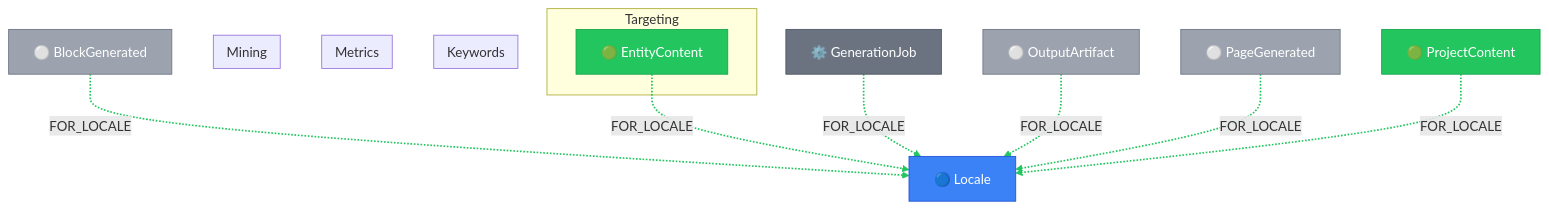
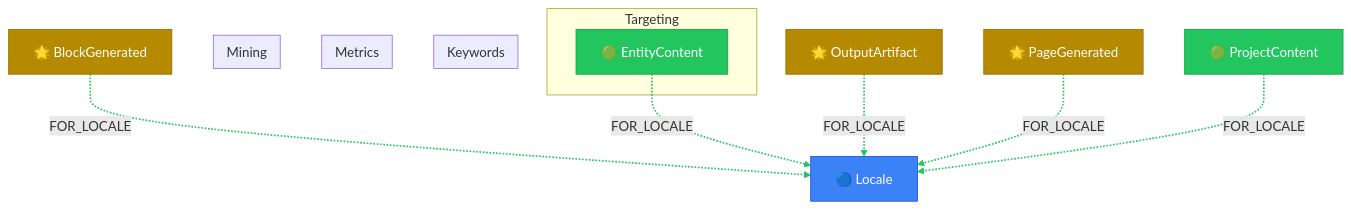
One commit to supernovae-st/novanet changed the diagram in packages/core/models/docs/seo-pipeline.md. Above: the diagram before and after it, drawn with Mermaid. The commit also changed other lines of this file and 17 other files, not shown here.

````diff
--- a/packages/core/models/docs/seo-pipeline.md
+++ b/packages/core/models/docs/seo-pipeline.md
@@ -31,53 +31,50 @@
 ```mermaid
 flowchart TB
   %% View: SEO Pipeline (seo-pipeline)
-  %% 7 nodes, 6 arcs
+  %% 6 nodes, 5 arcs
 
   %% Trait styling (node_trait)
-  classDef invariant fill:#3b82f6,stroke:#1d4ed8,color:#fff
-  classDef localized fill:#22c55e,stroke:#16a34a,color:#fff
-  classDef knowledge fill:#8b5cf6,stroke:#7c3aed,color:#fff
-  classDef derived fill:#9ca3af,stroke:#6b7280,color:#fff
-  classDef job fill:#6b7280,stroke:#4b5563,color:#fff
+  classDef defined fill:#3b82f6,stroke:#1d4ed8,color:#fff
+  classDef authored fill:#22c55e,stroke:#16a34a,color:#fff
+  classDef imported fill:#8b5cf6,stroke:#7c3aed,color:#fff
+  classDef generated fill:#b58900,stroke:#996f00,color:#fff
+  classDef retrieved fill:#6c71c4,stroke:#5761b3,color:#fff
 
   subgraph KEYWORDS["Keywords"]
   end
 
   subgraph METRICS["Metrics"]
   end
 
   subgraph MINING["Mining"]
   end
 
   subgraph TARGETING["Targeting"]
     EntityContent["🟢 EntityContent"]
   end
 
   %% Additional reachable nodes
-  BlockGenerated["⚪ BlockGenerated"]
-  GenerationJob["⚙️ GenerationJob"]
+  BlockGenerated["🌟 BlockGenerated"]
   Locale["🔵 Locale"]
-  OutputArtifact["⚪ OutputArtifact"]
-  PageGenerated["⚪ PageGenerated"]
+  OutputArtifact["🌟 OutputArtifact"]
+  PageGenerated["🌟 PageGenerated"]
   ProjectContent["🟢 ProjectContent"]
 
   %% Relationships (styled by arc family)
   BlockGenerated -.->|FOR_LOCALE| Locale
   EntityContent -.->|FOR_LOCALE| Locale
-  GenerationJob -.->|FOR_LOCALE| Locale
   OutputArtifact -.->|FOR_LOCALE| Locale
   PageGenerated -.->|FOR_LOCALE| Locale
   ProjectContent -.->|FOR_LOCALE| Locale
 
   %% Arc colors by family
-  linkStyle 0,1,2,3,4,5 stroke:#22c55e,stroke-width:2px
+  linkStyle 0,1,2,3,4 stroke:#22c55e,stroke-width:2px
 
   %% Class assignments
-  class BlockGenerated derived
-  class EntityContent localized
-  class GenerationJob job
-  class Locale invariant
-  class OutputArtifact derived
-  class PageGenerated derived
-  class ProjectContent localized
+  class BlockGenerated generated
+  class EntityContent authored
+  class Locale defined
+  class OutputArtifact generated
+  class PageGenerated generated
+  class ProjectContent authored
 ```
````
